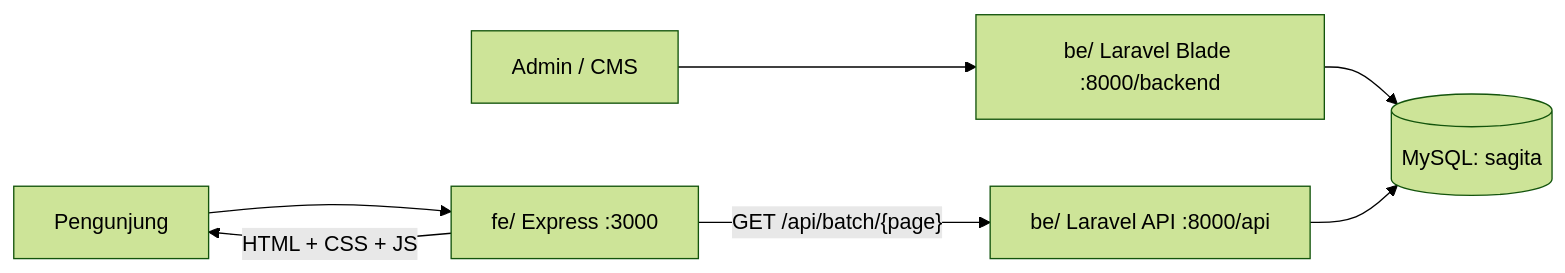
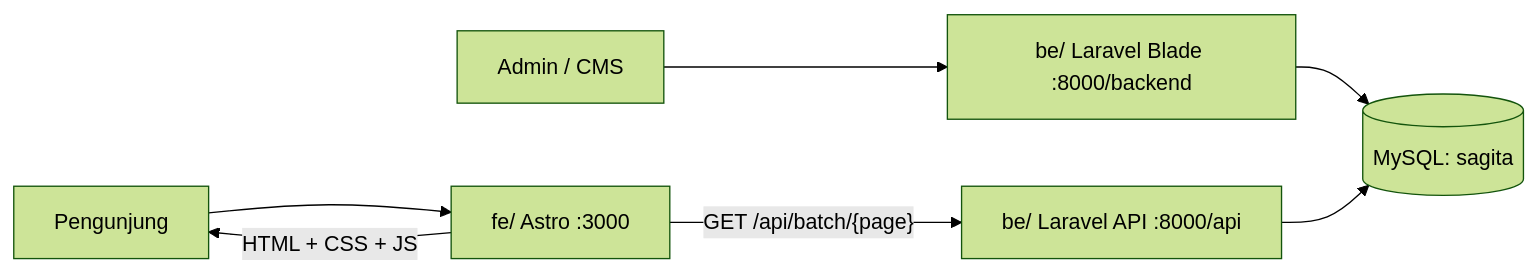
One commit to wikupramesthi/sagita-wedding changed the diagram in README.md. Above: the diagram before and after it, drawn with Mermaid (forest theme). The commit also changed other lines of this file and 85 other files, not shown here.

````diff
--- a/README.md
+++ b/README.md
@@ -37,9 +37,9 @@
 ```mermaid
 flowchart LR
-    Visitor[Pengunjung] --> FE["fe/ Express :3000"]
+    Visitor[Pengunjung] --> FE["fe/ Astro :3000"]
     Admin["Admin / CMS"] --> BE["be/ Laravel Blade :8000/backend"]
     FE -->|"GET /api/batch/{page}"| API["be/ Laravel API :8000/api"]
     BE --> DB[("MySQL: sagita")]
     API --> DB
     FE -->|"HTML + CSS + JS"| Visitor
 ```
````
